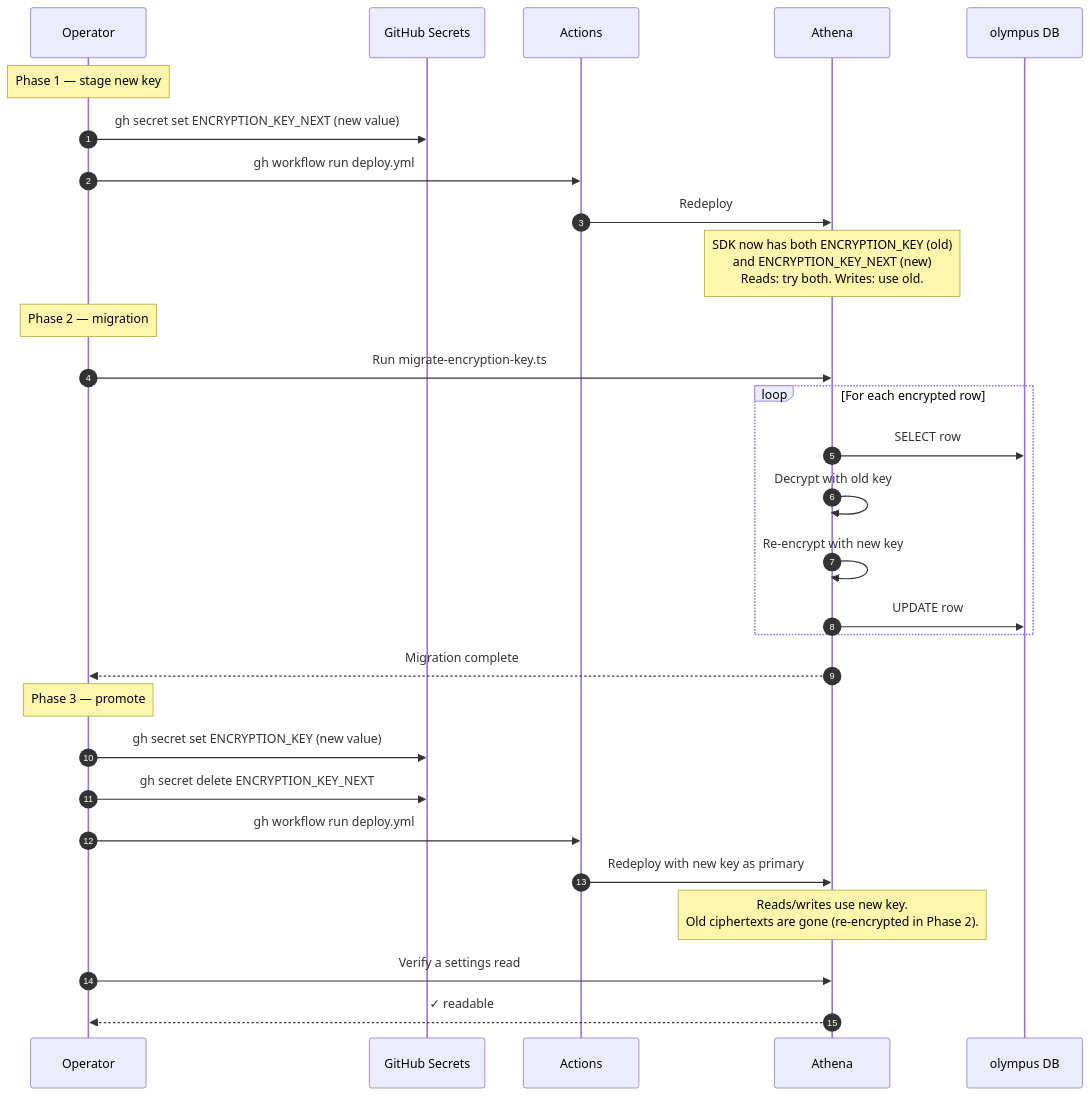
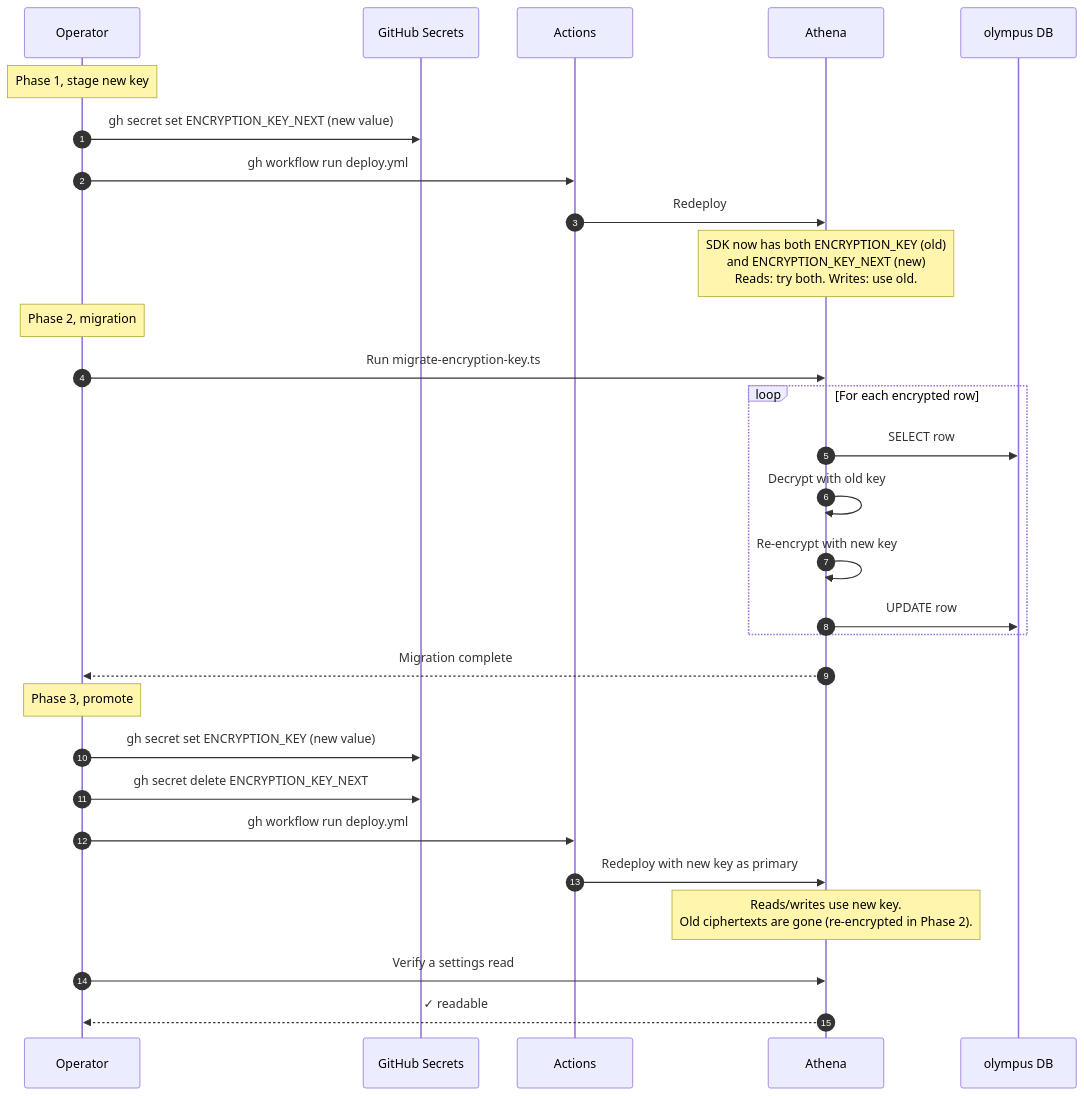
Before and after one commit to OlympusOSS/site: the diagram in content/docs/reference/diagrams/seq-secrets-rotation.mdx, drawn with Mermaid. The commit also changed other lines of this file and 1515 other files, not shown here.

````diff
--- a/content/docs/reference/diagrams/seq-secrets-rotation.mdx
+++ b/content/docs/reference/diagrams/seq-secrets-rotation.mdx
@@ -6,35 +6,35 @@
 ```mermaid
 sequenceDiagram
     autonumber
     participant Operator
     participant GitHub as GitHub Secrets
     participant Actions
     participant Athena
     participant DB as olympus DB
 
-    Note over Operator: Phase 1 — stage new key
+    Note over Operator: Phase 1, stage new key
     Operator->>GitHub: gh secret set ENCRYPTION_KEY_NEXT (new value)
     Operator->>Actions: gh workflow run deploy.yml
     Actions->>Athena: Redeploy
     Note over Athena: SDK now has both ENCRYPTION_KEY (old)<br/>and ENCRYPTION_KEY_NEXT (new)<br/>Reads: try both. Writes: use old.
 
-    Note over Operator: Phase 2 — migration
+    Note over Operator: Phase 2, migration
     Operator->>Athena: Run migrate-encryption-key.ts
     loop For each encrypted row
         Athena->>DB: SELECT row
         Athena->>Athena: Decrypt with old key
         Athena->>Athena: Re-encrypt with new key
         Athena->>DB: UPDATE row
     end
     Athena-->>Operator: Migration complete
 
-    Note over Operator: Phase 3 — promote
+    Note over Operator: Phase 3, promote
     Operator->>GitHub: gh secret set ENCRYPTION_KEY (new value)
     Operator->>GitHub: gh secret delete ENCRYPTION_KEY_NEXT
     Operator->>Actions: gh workflow run deploy.yml
     Actions->>Athena: Redeploy with new key as primary
     Note over Athena: Reads/writes use new key.<br/>Old ciphertexts are gone (re-encrypted in Phase 2).
 
     Operator->>Athena: Verify a settings read
     Athena-->>Operator: ✓ readable
 ```
````
